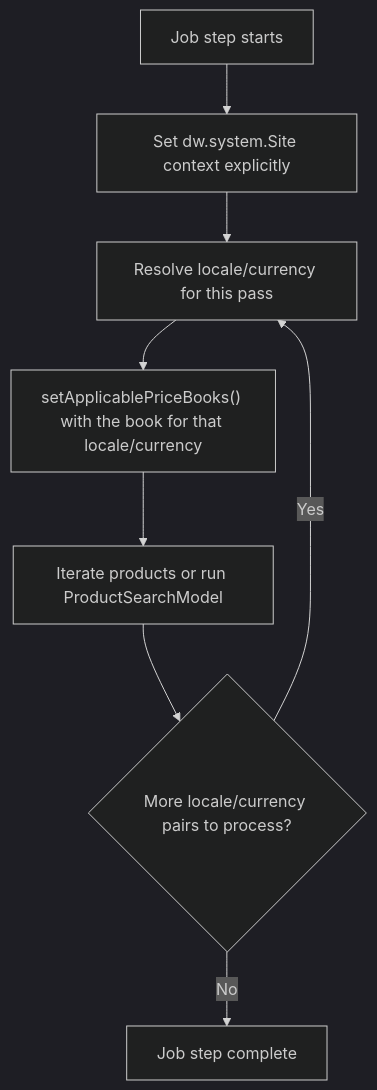
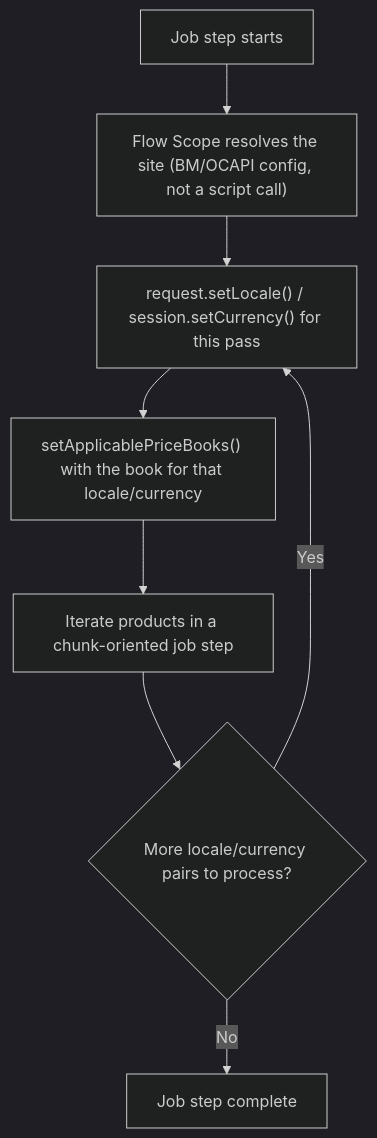
Before and after one commit to taurgis/rhino-inquisitor-com: the second of 3 diagrams in src/content/posts/how-sfcc-price-books-actually-work/index.md, drawn with Mermaid (dark theme). The commit also changed other lines of this file and 1 other file, not shown here.

````diff
--- a/src/content/posts/how-sfcc-price-books-actually-work/index.md
+++ b/src/content/posts/how-sfcc-price-books-actually-work/index.md
@@ -115,10 +115,10 @@
 ```mermaid
 flowchart TD
-    Start["Job step starts"] --> A["Set dw.system.Site context explicitly"]
-    A --> B["Resolve locale/currency for this pass"]
+    Start["Job step starts"] --> A["Flow Scope resolves the site (BM/OCAPI config, not a script call)"]
+    A --> B["request.setLocale() / session.setCurrency() for this pass"]
     B --> C["setApplicablePriceBooks() with the book for that locale/currency"]
-    C --> D["Iterate products or run ProductSearchModel"]
+    C --> D["Iterate products in a chunk-oriented job step"]
     D --> E{"More locale/currency pairs to process?"}
     E -->|"Yes"| B
     E -->|"No"| F["Job step complete"]
 ```
````
